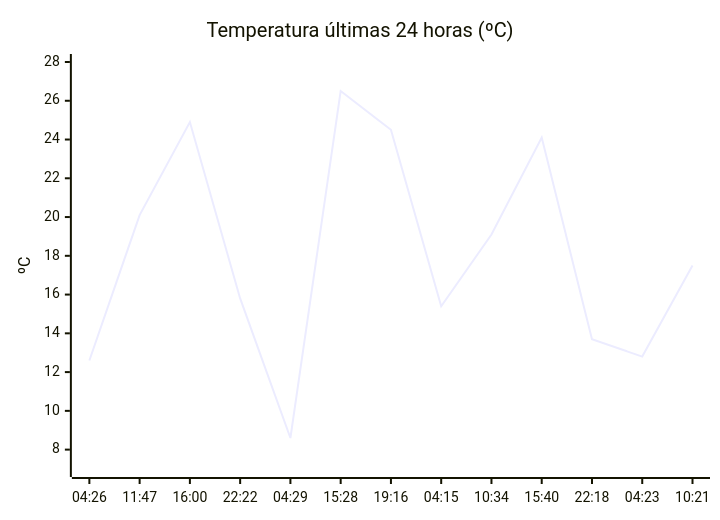
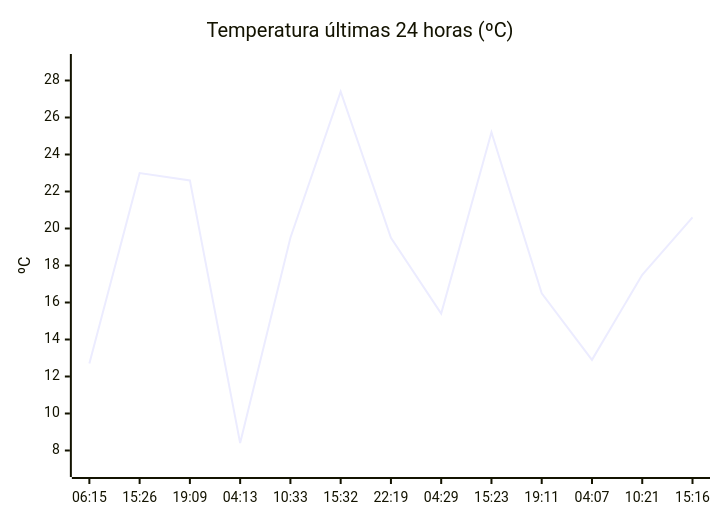
One commit to solidsnk86/rem-scrap changed the diagram in README.md. Above: the diagram before and after it, drawn with Mermaid. The commit also changed other lines of this file, not shown here.

````diff
--- a/README.md
+++ b/README.md
@@ -32,7 +28,7 @@
 ```mermaid
 xychart-beta
     title "Temperatura últimas 24 horas (ºC)"
-    x-axis ["04:26", "11:47", "16:00", "22:22", "04:29", "15:28", "19:16", "04:15", "10:34", "15:40", "22:18", "04:23", "10:21"]
-    y-axis "ºC" 7 --> 28
-    line [12.6, 20.1, 24.9, 15.8, 8.6, 26.5, 24.5, 15.4, 19.1, 24.1, 13.7, 12.8, 17.5]
+    x-axis ["06:15", "15:26", "19:09", "04:13", "10:33", "15:32", "22:19", "04:29", "15:23", "19:11", "04:07", "10:21", "15:16"]
+    y-axis "ºC" 7 --> 29
+    line [12.7, 23, 22.6, 8.4, 19.5, 27.4, 19.5, 15.4, 25.2, 16.5, 12.9, 17.5, 20.6]
 ```
````
